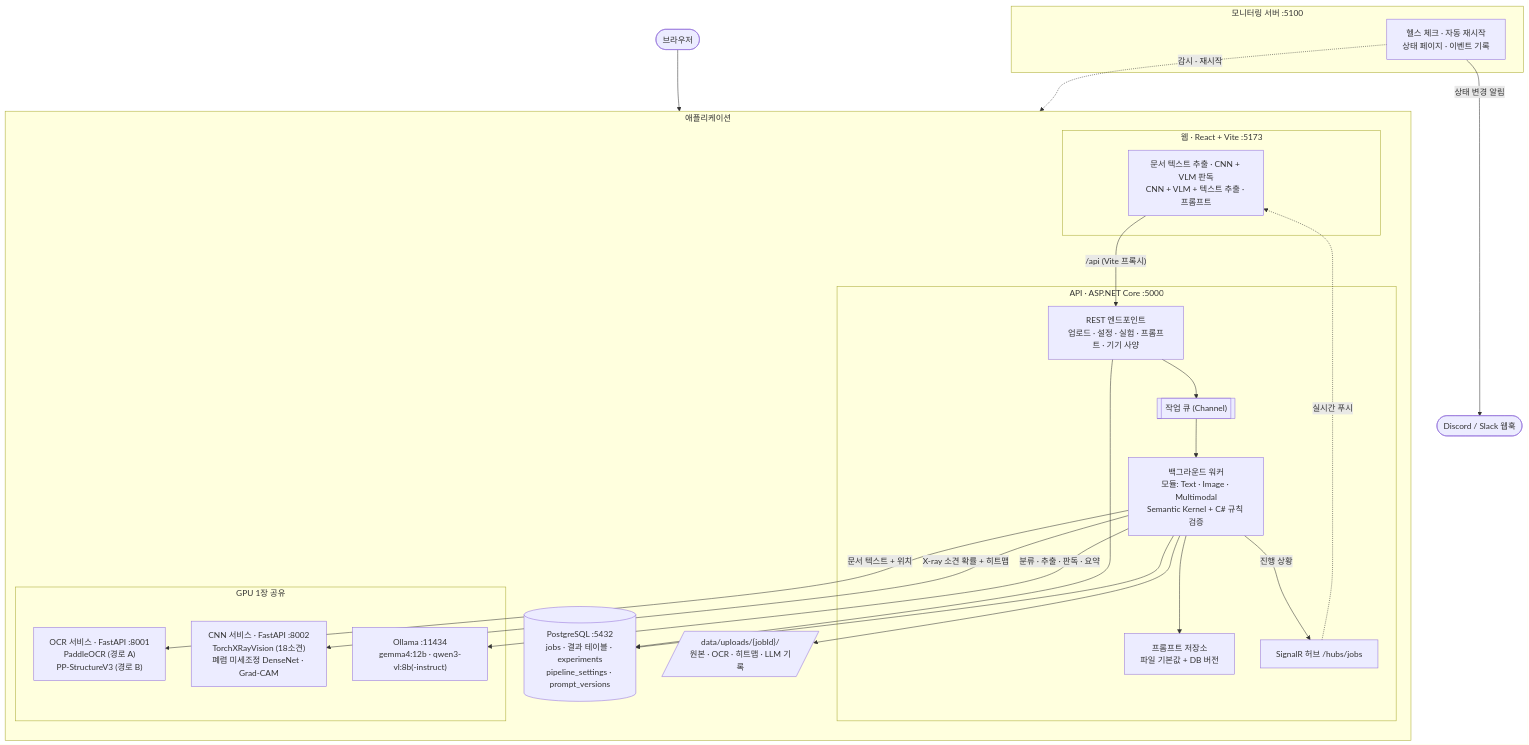
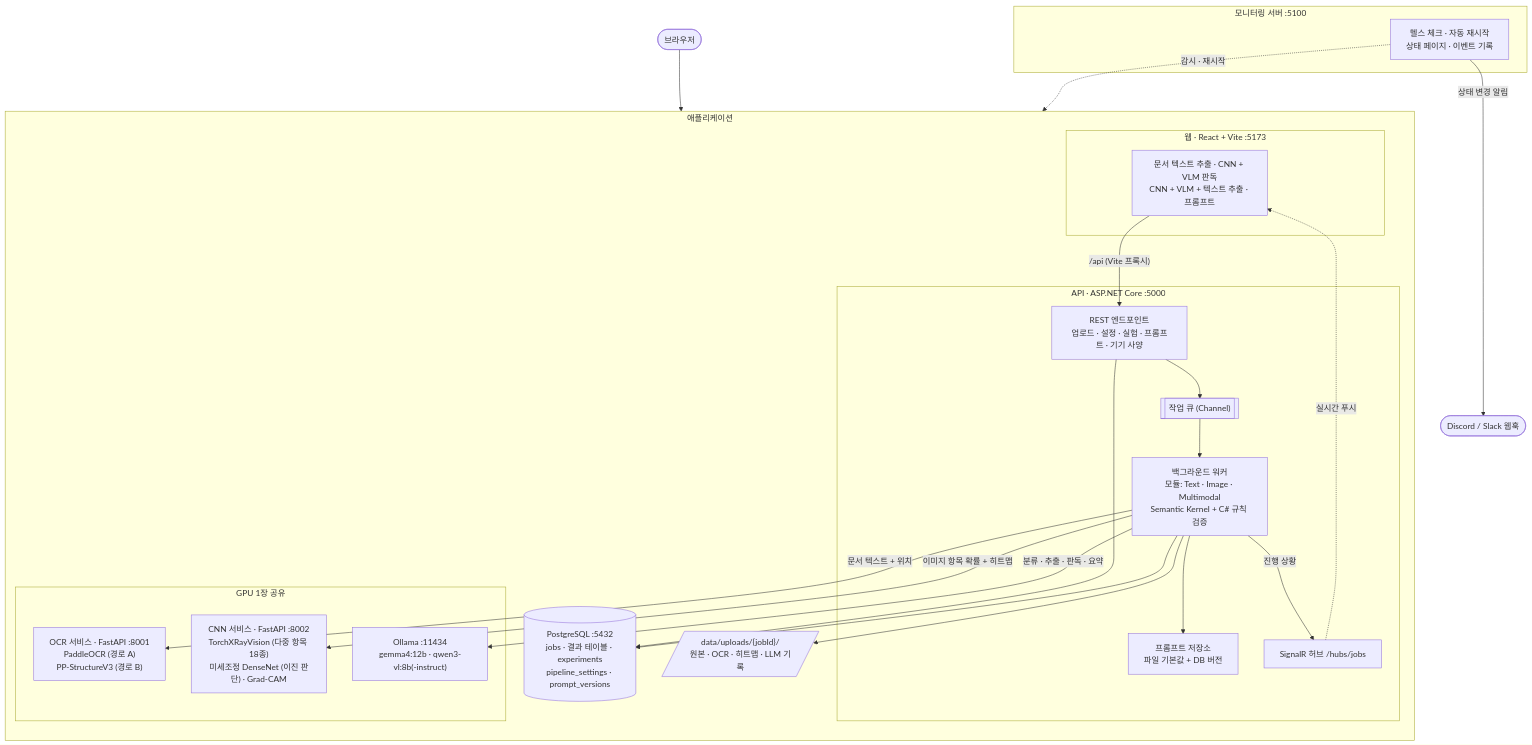
The first of 3 diagrams in docs/architecture.md (calm-sea-psy/llm-playground-classifier), drawn with Mermaid before and after one commit. The commit also changed other lines of this file and 25 other files, not shown here.

````diff
--- a/docs/architecture.md
+++ b/docs/architecture.md
@@ -7,48 +7,48 @@
 ```mermaid
 flowchart TB
     User(["브라우저"])
 
     subgraph Stack["애플리케이션"]
         direction TB
         subgraph Web["웹 · React + Vite :5173"]
             Pages["문서 텍스트 추출 · CNN + VLM 판독<br/>CNN + VLM + 텍스트 추출 · 프롬프트"]
         end
 
         subgraph Api["API · ASP.NET Core :5000"]
             Endpoints["REST 엔드포인트<br/>업로드 · 설정 · 실험 · 프롬프트 · 기기 사양"]
             Queue[["작업 큐 (Channel)"]]
             Worker["백그라운드 워커<br/>모듈: Text · Image · Multimodal<br/>Semantic Kernel + C# 규칙 검증"]
             Prompts["프롬프트 저장소<br/>파일 기본값 + DB 버전"]
             Hub["SignalR 허브 /hubs/jobs"]
         end
 
         subgraph Gpu["GPU 1장 공유"]
             Ocr["OCR 서비스 · FastAPI :8001<br/>PaddleOCR (경로 A)<br/>PP-StructureV3 (경로 B)"]
-            Cnn["CNN 서비스 · FastAPI :8002<br/>TorchXRayVision (18소견)<br/>폐렴 미세조정 DenseNet · Grad-CAM"]
+            Cnn["CNN 서비스 · FastAPI :8002<br/>TorchXRayVision (다중 항목 18종)<br/>미세조정 DenseNet (이진 판단) · Grad-CAM"]
             Ollama["Ollama :11434<br/>gemma4:12b · qwen3-vl:8b(-instruct)"]
         end
 
         Db[("PostgreSQL :5432<br/>jobs · 결과 테이블 · experiments<br/>pipeline_settings · prompt_versions")]
         Files[/"data/uploads/{jobId}/<br/>원본 · OCR · 히트맵 · LLM 기록"/]
     end
 
     subgraph Monitor["모니터링 서버 :5100"]
         Checker["헬스 체크 · 자동 재시작<br/>상태 페이지 · 이벤트 기록"]
     end
     Webhook(["Discord / Slack 웹훅"])
 
     User --> Pages
     Pages -- "/api (Vite 프록시)" --> Endpoints
     Endpoints --> Queue --> Worker
     Worker --> Prompts
     Worker -- "진행 상황" --> Hub
     Hub -. "실시간 푸시" .-> Pages
     Worker -- "문서 텍스트 + 위치" --> Ocr
-    Worker -- "X-ray 소견 확률 + 히트맵" --> Cnn
+    Worker -- "이미지 항목 확률 + 히트맵" --> Cnn
     Worker -- "분류 · 추출 · 판독 · 요약" --> Ollama
     Endpoints --> Db
     Worker --> Db
     Worker --> Files
     Checker -. "감시 · 재시작" .-> Stack
     Checker -- "상태 변경 알림" --> Webhook
 ```
````
